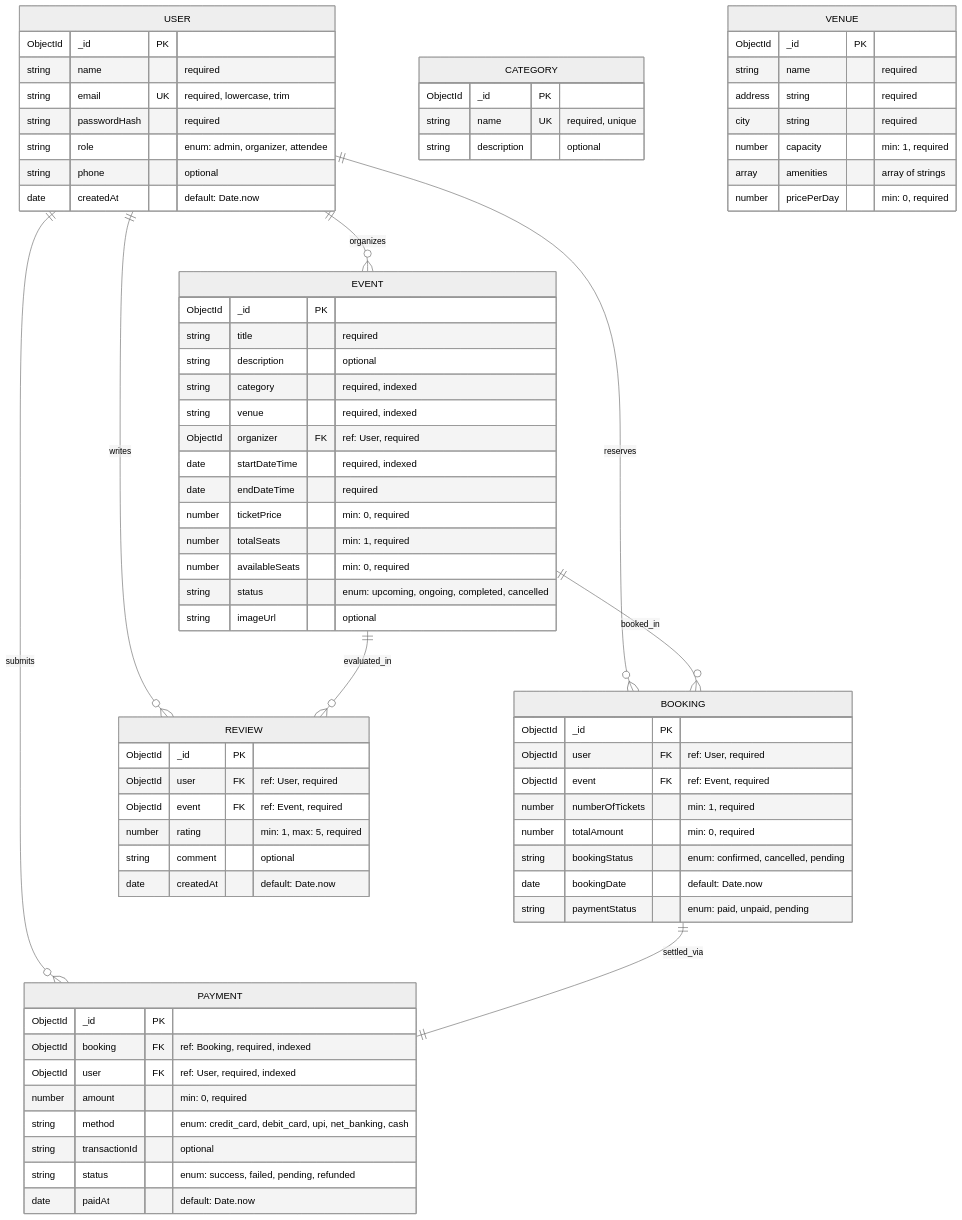
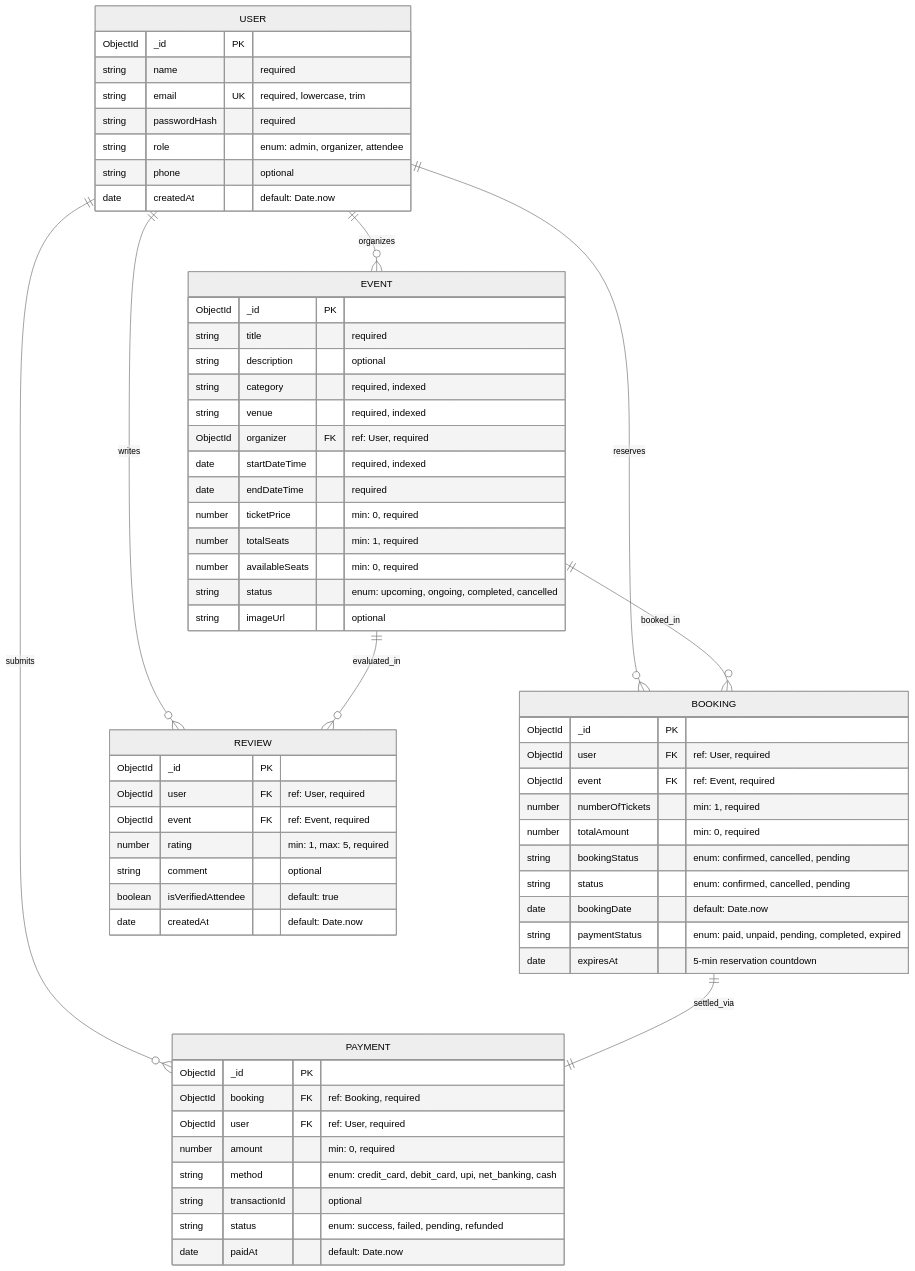
The diagram in README.md (Pratham-ship-it/EventHub-DBMS-Project), drawn with Mermaid (neutral theme) before and after one commit. The commit also changed other lines of this file and 17 other files, not shown here.

Commit message:
Add time-bounded seat hold, dynamic event status, verified reviews, and updated README

````diff
--- a/README.md
+++ b/README.md
@@ -159,14 +294,16 @@
         number numberOfTickets "min: 1, required"
         number totalAmount "min: 0, required"
         string bookingStatus "enum: confirmed, cancelled, pending"
+        string status "enum: confirmed, cancelled, pending"
         date bookingDate "default: Date.now"
-        string paymentStatus "enum: paid, unpaid, pending"
+        string paymentStatus "enum: paid, unpaid, pending, completed, expired"
+        date expiresAt "5-min reservation countdown"
     }
 
     PAYMENT {
         ObjectId _id PK
-        ObjectId booking FK "ref: Booking, required, indexed"
-        ObjectId user FK "ref: User, required, indexed"
+        ObjectId booking FK "ref: Booking, required"
+        ObjectId user FK "ref: User, required"
         number amount "min: 0, required"
         string method "enum: credit_card, debit_card, upi, net_banking, cash"
         string transactionId "optional"
@@ -180,22 +317,7 @@
         ObjectId event FK "ref: Event, required"
         number rating "min: 1, max: 5, required"
         string comment "optional"
+        boolean isVerifiedAttendee "default: true"
         date createdAt "default: Date.now"
     }
-
-    CATEGORY {
-        ObjectId _id PK
-        string name UK "required, unique"
-        string description "optional"
-    }
-
-    VENUE {
-        ObjectId _id PK
-        string name "required"
-        address string "required"
-        city string "required"
-        number capacity "min: 1, required"
-        array amenities "array of strings"
-        number pricePerDay "min: 0, required"
-    }
 ```
````
